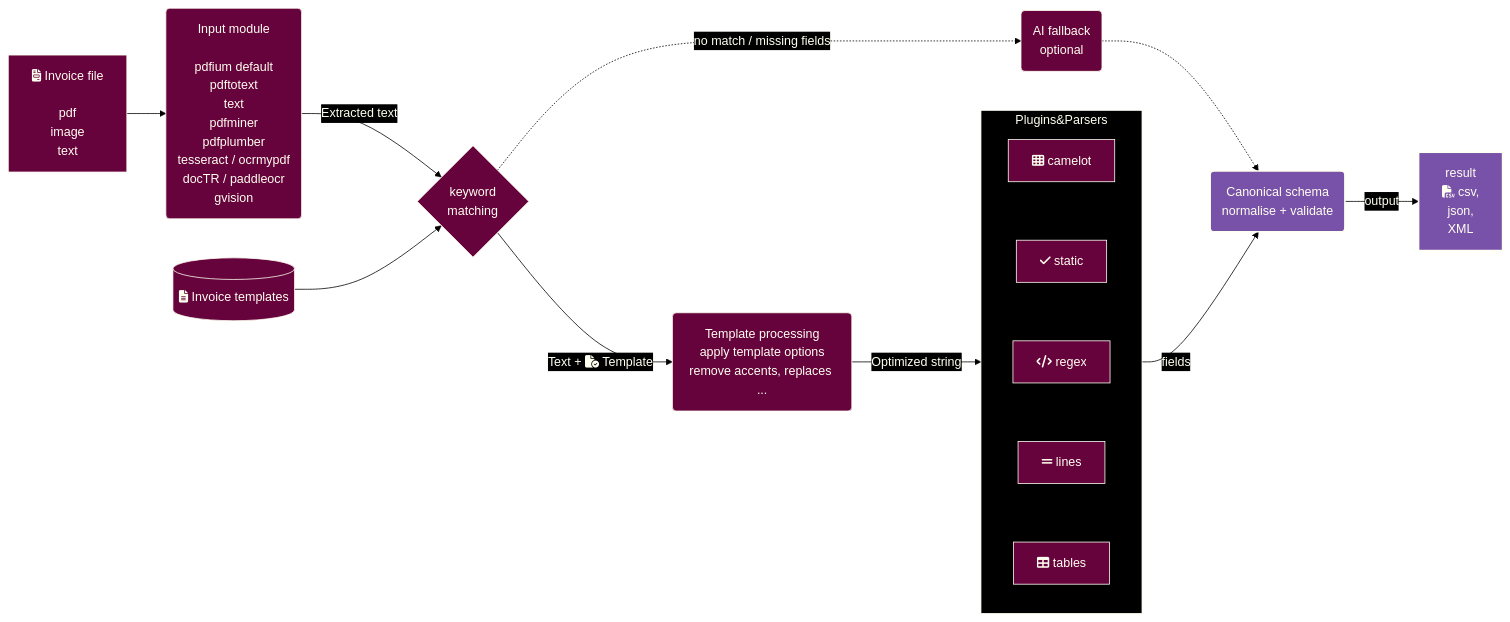
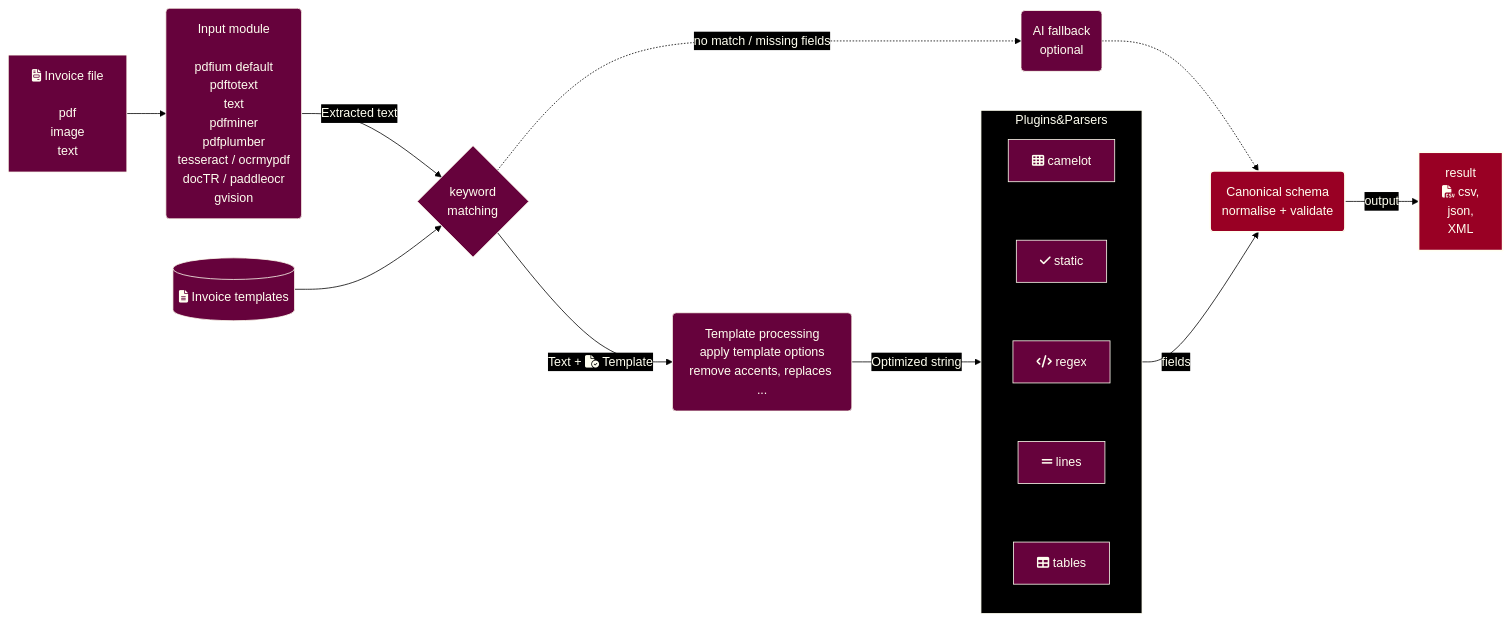
Before and after one commit to ryanduguid/invoice2data: the diagram in docs/how-it-works.md, drawn with Mermaid.

Commit message:
docs: match Mermaid accents to website palette (#3)
Replace #7851A9 with #990024 in Mermaid diagrams.

````diff
--- a/docs/how-it-works.md
+++ b/docs/how-it-works.md
@@ -6,41 +6,41 @@
 ```mermaid
 
 flowchart LR
 %%{init: {"theme": "base", "look": "classic", "themeVariables": {"background": "#000000", "primaryColor": "#66023C", "primaryTextColor": "#FFFFF0", "primaryBorderColor": "#FFFFF0", "lineColor": "#000000", "textColor": "#FFFFF0", "edgeLabelBackground": "#000000", "clusterBkg": "#000000", "clusterBorder": "#FFFFF0", "titleColor": "#FFFFF0"}, "themeCSS": ".flowchart-link, .relationshipLine, marker path { filter: drop-shadow(0px 1px 0px #FFFFF0) drop-shadow(0px -1px 0px #FFFFF0) drop-shadow(1px 0px 0px #FFFFF0) drop-shadow(-1px 0px 0px #FFFFF0); } a { color: #FFFFF0; } .node.clickable .nodeLabel, .node.clickable .nodeLabel p { color: #FFFFF0; text-decoration: underline; }"}}%%
 
     InvoiceFile[fa:fa-file-invoice Invoice file\n\npdf\nimage\ntext] --> Input-module(Input module\n\npdfium default\npdftotext\ntext\npdfminer\npdfplumber\ntesseract / ocrmypdf\ndocTR / paddleocr\ngvision)
 
     Input-module --> |Extracted text| C{keyword\nmatching}
 
     Invoice-Templates[(fa:fa-file-lines Invoice templates)] --> C{keyword\nmatching}
 
     C --> |Text + fa:fa-file-circle-check Template| E(Template processing\napply template options\nremove accents, replaces ...)
 
     E --> |Optimized string| Plugins&Parsers(Plugins + parsers)
 
     subgraph Plugins&Parsers
       direction BT
         tables[fa:fa-table tables] ~~~ lines[fa:fa-grip-lines lines]
         lines ~~~ regex[fa:fa-code regex]
         regex ~~~ static[fa:fa-check static]
         static ~~~ camelot[fa:fa-table-cells camelot]
     end
 
     Plugins&Parsers --> |fields| V(Canonical schema\nnormalise + validate)
     C -.->|no match / missing fields| AI(AI fallback\noptional)
     AI -.-> V
     V --> |output| result[result\nfa:fa-file-csv csv,\njson,\nXML]
 
  click Invoice-Templates "tutorial.html"
  click result "usage.html"
  click Input-module "installation.html"
  click AI "ai.html"
  click E "tutorial.html"
  click tables "tutorial.html"
  click lines "tutorial.html"
  click regex "tutorial.html"
  click static "tutorial.html"
  click camelot "tutorial.html"
-    style V fill:#7851A9,stroke:#FFFFF0,stroke-width:2px,color:#FFFFF0
-    style result fill:#7851A9,stroke:#FFFFF0,stroke-width:2px,color:#FFFFF0
+    style V fill:#990024,stroke:#FFFFF0,stroke-width:2px,color:#FFFFF0
+    style result fill:#990024,stroke:#FFFFF0,stroke-width:2px,color:#FFFFF0
 ```
````
